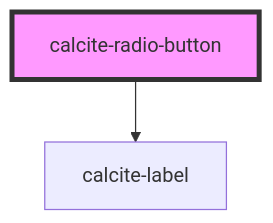
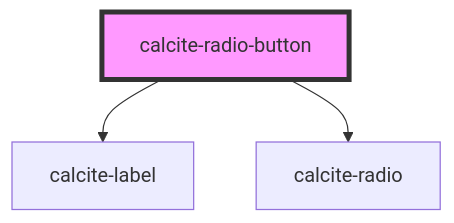
The diagram in src/components/calcite-radio-button/readme.md (vikivakarvc/calcite-design-system), drawn with Mermaid before and after one commit. The commit also changed other lines of this file and 13 other files, not shown here.

````diff
--- a/src/components/calcite-radio-button/readme.md
+++ b/src/components/calcite-radio-button/readme.md
@@ -36,5 +37,6 @@
 ```mermaid
 graph TD;
   calcite-radio-button --> calcite-label
+  calcite-radio-button --> calcite-radio
   style calcite-radio-button fill:#f9f,stroke:#333,stroke-width:4px
 ```
````
